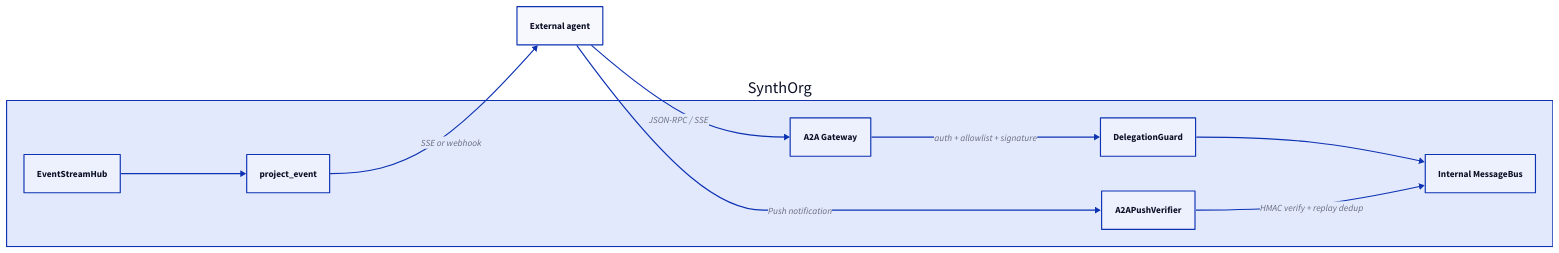
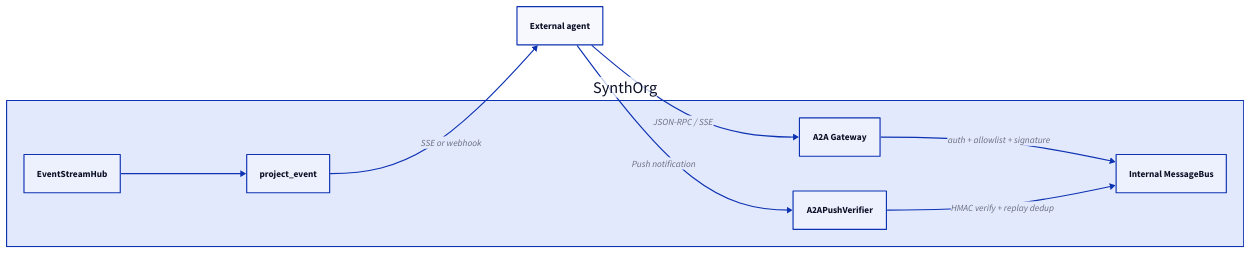
The diagram in docs/design/a2a-protocol.md (Aureliolo/synthorg), drawn with D2 before and after one commit. The commit also changed other lines of this file and 358 other files, not shown here.

````diff
--- a/docs/design/a2a-protocol.md
+++ b/docs/design/a2a-protocol.md
@@ -40,23 +40,21 @@
 ```d2
 direction: right
 
 ExtAgent: External agent
 
 SynthOrg: {
   Gateway: A2A Gateway
-  DelegGuard: DelegationGuard
   InternalBus: Internal MessageBus
   Hub: EventStreamHub
   Projection: project_event
   WebhookRX: A2APushVerifier
 
-  Gateway -> DelegGuard: "auth + allowlist + signature"
-  DelegGuard -> InternalBus
+  Gateway -> InternalBus: "auth + allowlist + signature"
   Hub -> Projection
   WebhookRX -> InternalBus: "HMAC verify + replay dedup"
 }
 
 ExtAgent -> SynthOrg.Gateway: "JSON-RPC / SSE"
 SynthOrg.Projection -> ExtAgent: "SSE or webhook"
 ExtAgent -> SynthOrg.WebhookRX: "Push notification"
 ```
````
